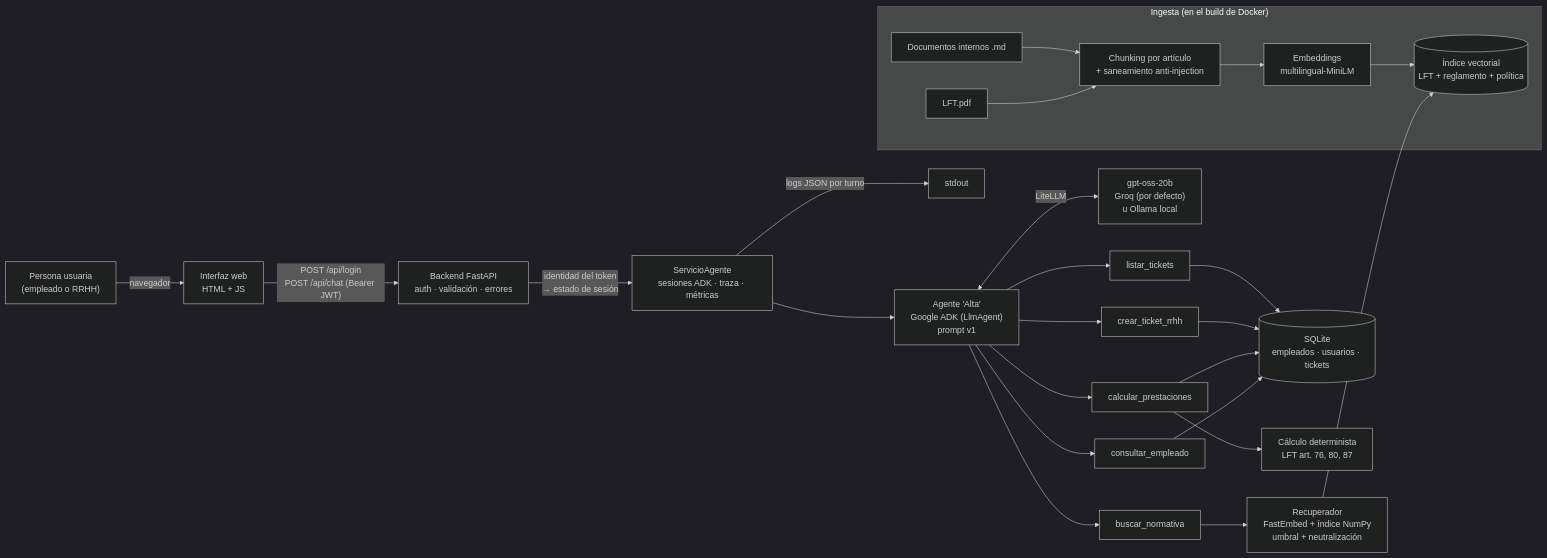
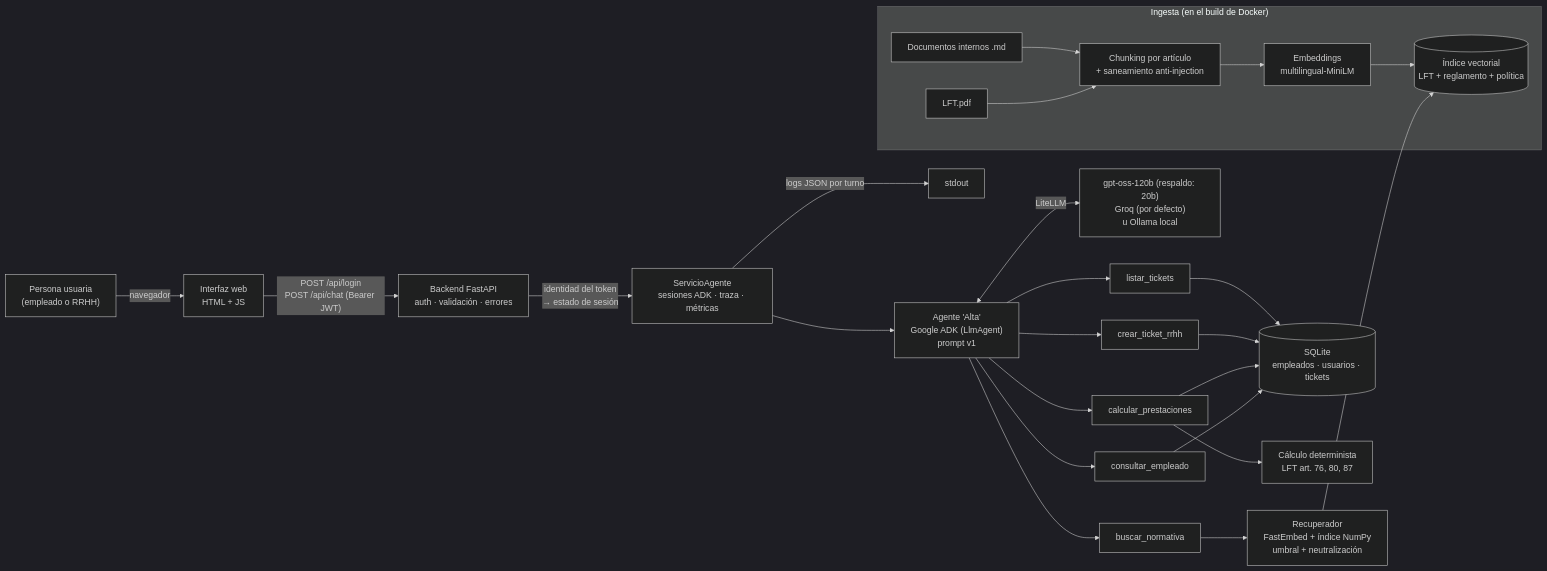
The first of 2 diagrams in docs/arquitectura.md (Chacooo19/agente-rrhh), drawn with Mermaid (dark theme) before and after one commit. The commit also changed other lines of this file and 3 other files, not shown here.

````diff
--- a/docs/arquitectura.md
+++ b/docs/arquitectura.md
@@ -5,24 +5,24 @@
 ```mermaid
 flowchart LR
     U["Persona usuaria<br/>(empleado o RRHH)"] -->|navegador| UI["Interfaz web<br/>HTML + JS"]
     UI -->|"POST /api/login<br/>POST /api/chat (Bearer JWT)"| API["Backend FastAPI<br/>auth · validación · errores"]
     API -->|"identidad del token<br/>→ estado de sesión"| SVC["ServicioAgente<br/>sesiones ADK · traza · métricas"]
     SVC --> AG["Agente 'Alta'<br/>Google ADK (LlmAgent)<br/>prompt v1"]
-    AG <-->|"LiteLLM"| LLM["gpt-oss-20b<br/>Groq (por defecto)<br/>u Ollama local"]
+    AG <-->|"LiteLLM"| LLM["gpt-oss-120b (respaldo: 20b)<br/>Groq (por defecto)<br/>u Ollama local"]
     AG --> T1["buscar_normativa"]
     AG --> T2["consultar_empleado"]
     AG --> T3["calcular_prestaciones"]
     AG --> T4["crear_ticket_rrhh"]
     AG --> T5["listar_tickets"]
     T1 --> RAG["Recuperador<br/>FastEmbed + índice NumPy<br/>umbral + neutralización"]
     RAG --> IDX[("Índice vectorial<br/>LFT + reglamento + política")]
     T2 & T3 & T4 & T5 --> DB[("SQLite<br/>empleados · usuarios · tickets")]
     T3 --> CALC["Cálculo determinista<br/>LFT art. 76, 80, 87"]
     SVC -->|"logs JSON por turno"| LOG["stdout"]
 
     subgraph Ingesta["Ingesta (en el build de Docker)"]
         PDF["LFT.pdf"] --> CH["Chunking por artículo<br/>+ saneamiento anti-injection"]
         MD["Documentos internos .md"] --> CH
         CH --> EMB["Embeddings<br/>multilingual-MiniLM"] --> IDX
     end
 ```
````
